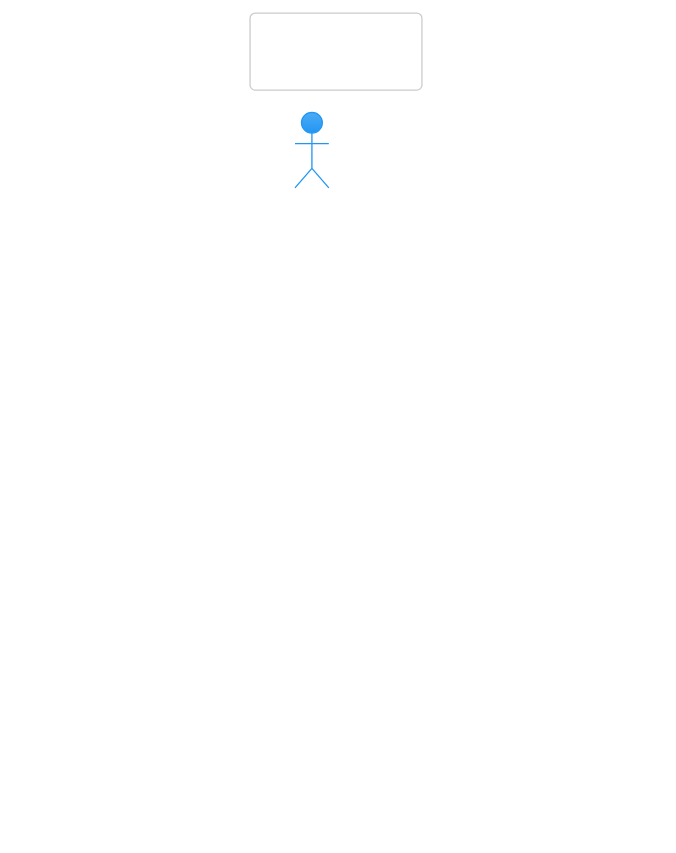
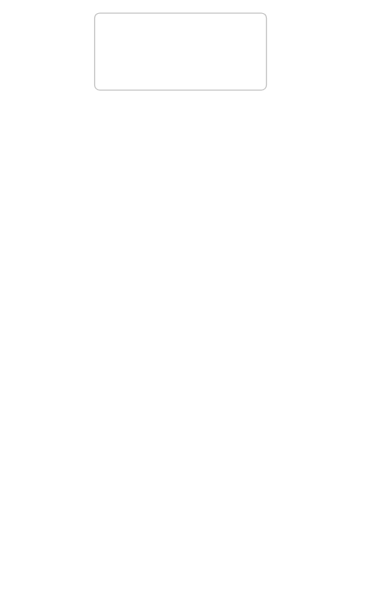
One commit to maroonxv/stock-screening-boost changed the diagram in docs/workflow-viz/code/src-server-application-workflow-command-service-ts-b8963d50-architecture-context.puml. Above: the diagram before and after it, drawn with PlantUML. The commit also changed 20 other files, not shown here.

```diff
--- a/docs/workflow-viz/code/src-server-application-workflow-command-service-ts-b8963d50-architecture-context.puml
+++ b/docs/workflow-viz/code/src-server-application-workflow-command-service-ts-b8963d50-architecture-context.puml
@@ -1,34 +1,34 @@
 @startuml
 !theme materia
 skinparam defaultFontColor #FFFFFF
 skinparam ArrowColor #FFFFFF
 skinparam LineColor #FFFFFF
 skinparam PackageBorderColor #FFFFFF
 skinparam RectangleBorderColor #FFFFFF
 skinparam ComponentBorderColor #FFFFFF
 skinparam SequenceArrowColor #FFFFFF
 skinparam SequenceLifeLineBorderColor #FFFFFF
 skinparam SequenceParticipantBorderColor #FFFFFF
 skinparam SequenceParticipantFontColor #FFFFFF
 skinparam ActivityBorderColor #FFFFFF
 skinparam ActivityFontColor #FFFFFF
 skinparam ActivityDiamondBorderColor #FFFFFF
 skinparam ActivityDiamondFontColor #FFFFFF
 skinparam StateBorderColor #FFFFFF
 skinparam StateFontColor #FFFFFF
 title 架构总览图
 skinparam shadowing false
 skinparam componentStyle rectangle
 
-actor "workflowRouter.startWatchlistTimingPipeline" as Router
-rectangle "WorkflowCommandService" as Service
-rectangle "PrismaWorkflowRunRepository" as Repository
-rectangle "RedisWorkflowRuntimeStore" as RuntimeStore
-rectangle "Watchlist timing template" as Template
+rectangle "外部调用方" as caller
+rectangle "入口函数 cancelRun" as entrypoint
+rectangle "上游上下文" as upstream
+rectangle "下游协作者" as downstream
+rectangle "外部资源" as external
 
-Router --> Service : startWatchlistTimingPipeline(command)
-Service --> Repository : 查幂等 / 取模板 / createRun
-Repository --> Template : ensureWatchlistTimingPipelineTemplate()
-Service --> RuntimeStore : 取消 / 恢复 / 发布事件时使用
-Service --> Router : runId / status / createdAt
+caller --> entrypoint : 发起请求
+upstream --> entrypoint : 提供上下文
+entrypoint --> downstream : 分派关键动作
+entrypoint --> external : 读写外部资源
+entrypoint --> caller : 返回结果
 @enduml
```
